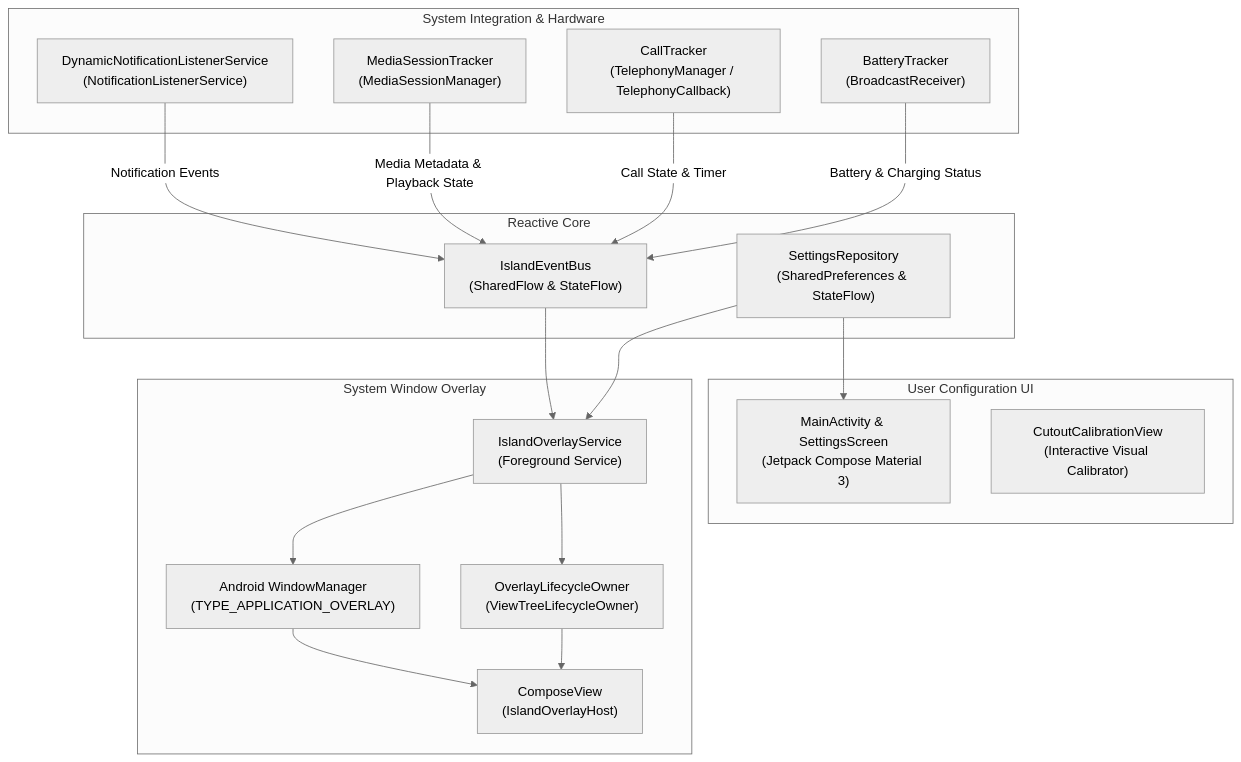
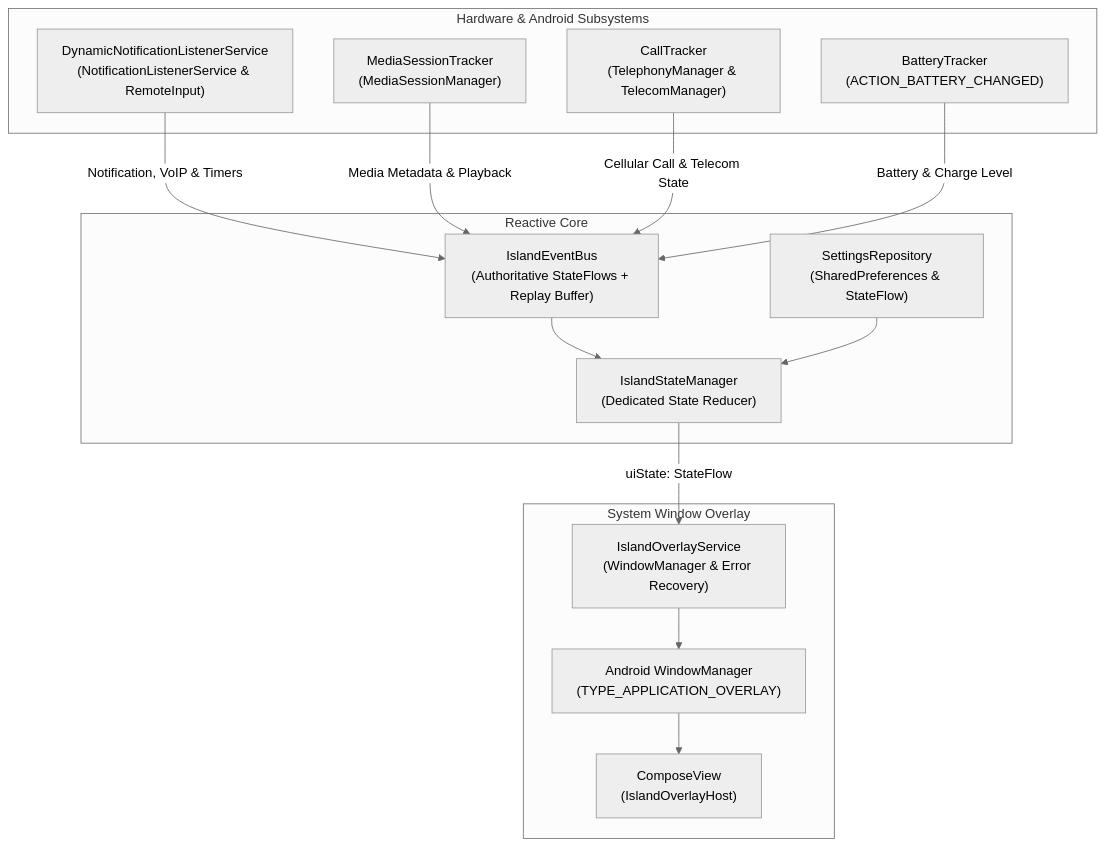
The diagram in README.md (louicastro/Android-dynamic-island), drawn with Mermaid (neutral theme) before and after one commit. The commit also changed other lines of this file and 13 other files, not shown here.

Commit message:
Fix code review findings: state reducer, event bus reliability, call controls, and RemoteInput

````diff
--- a/README.md
+++ b/README.md
@@ -51,40 +54,33 @@
 ```mermaid
 flowchart TD
-    subgraph System Integration & Hardware
-        NotifService["DynamicNotificationListenerService\n(NotificationListenerService)"]
+    subgraph Hardware & Android Subsystems
+        NotifService["DynamicNotificationListenerService\n(NotificationListenerService & RemoteInput)"]
         MediaTrack["MediaSessionTracker\n(MediaSessionManager)"]
-        CallTrack["CallTracker\n(TelephonyManager / TelephonyCallback)"]
-        BattTrack["BatteryTracker\n(BroadcastReceiver)"]
+        CallTrack["CallTracker\n(TelephonyManager & TelecomManager)"]
+        BattTrack["BatteryTracker\n(ACTION_BATTERY_CHANGED)"]
     end
 
     subgraph Reactive Core
-        EventBus["IslandEventBus\n(SharedFlow & StateFlow)"]
+        EventBus["IslandEventBus\n(Authoritative StateFlows + Replay Buffer)"]
+        StateManager["IslandStateManager\n(Dedicated State Reducer)"]
         SettingsRepo["SettingsRepository\n(SharedPreferences & StateFlow)"]
     end
 
     subgraph System Window Overlay
-        OverlayService["IslandOverlayService\n(Foreground Service)"]
+        OverlayService["IslandOverlayService\n(WindowManager & Error Recovery)"]
         WindowManager["Android WindowManager\n(TYPE_APPLICATION_OVERLAY)"]
-        LifecycleHost["OverlayLifecycleOwner\n(ViewTreeLifecycleOwner)"]
         ComposeOverlay["ComposeView\n(IslandOverlayHost)"]
     end
 
-    subgraph User Configuration UI
-        SettingsActivity["MainActivity & SettingsScreen\n(Jetpack Compose Material 3)"]
-        Calibrator["CutoutCalibrationView\n(Interactive Visual Calibrator)"]
-    end
+    NotifService -->|Notification, VoIP & Timers| EventBus
+    MediaTrack -->|Media Metadata & Playback| EventBus
+    CallTrack -->|Cellular Call & Telecom State| EventBus
+    BattTrack -->|Battery & Charge Level| EventBus
 
-    NotifService -->|Notification Events| EventBus
-    MediaTrack -->|Media Metadata & Playback State| EventBus
-    CallTrack -->|Call State & Timer| EventBus
-    BattTrack -->|Battery & Charging Status| EventBus
-
-    EventBus --> OverlayService
-    SettingsRepo --> OverlayService
-    SettingsRepo --> SettingsActivity
+    EventBus --> StateManager
+    SettingsRepo --> StateManager
+    StateManager -->|uiState: StateFlow| OverlayService
 
     OverlayService --> WindowManager
-    OverlayService --> LifecycleHost
-    LifecycleHost --> ComposeOverlay
     WindowManager --> ComposeOverlay
 ```
````
